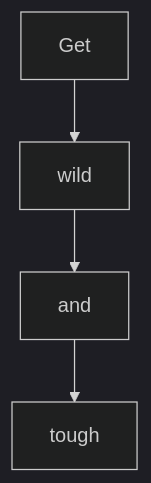
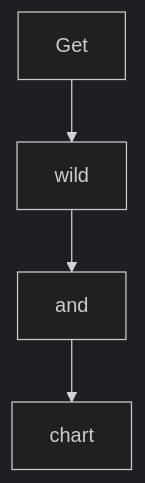
Before and after one commit to karaage0703/mermaid-sample: the second of 3 diagrams in README.md, drawn with Mermaid (dark theme). The commit also changed other lines of this file, not shown here.

````diff
--- a/README.md
+++ b/README.md
@@ -10,6 +10,6 @@
 ```mermaid
 graph TD
     Get-->wild
     wild-->and
-    and-->tough
+    and-->chart
 ```
````
